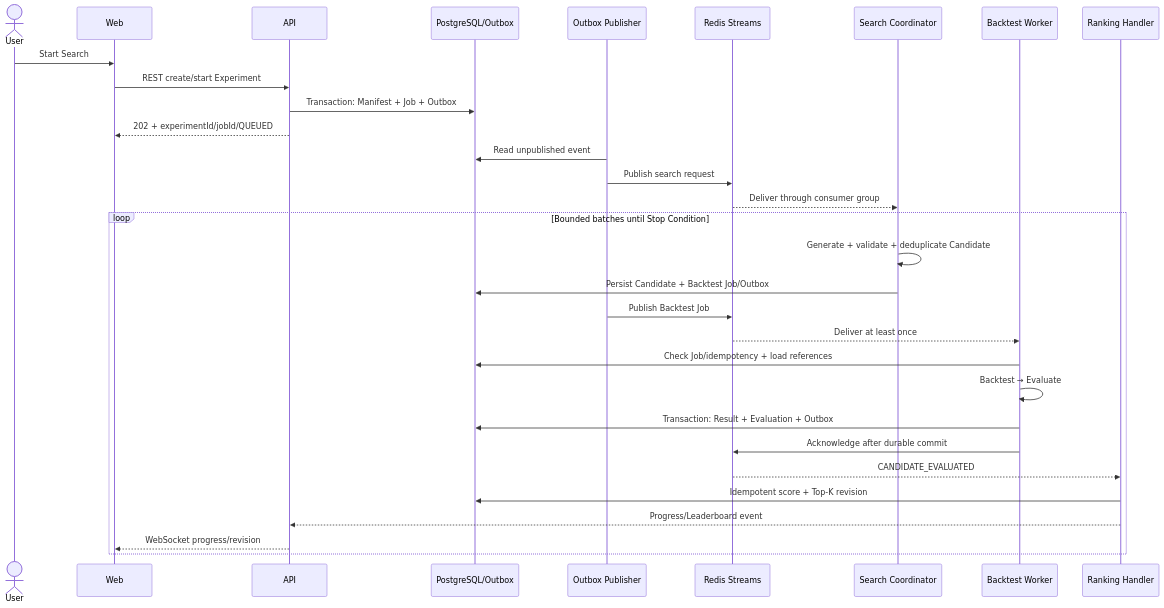
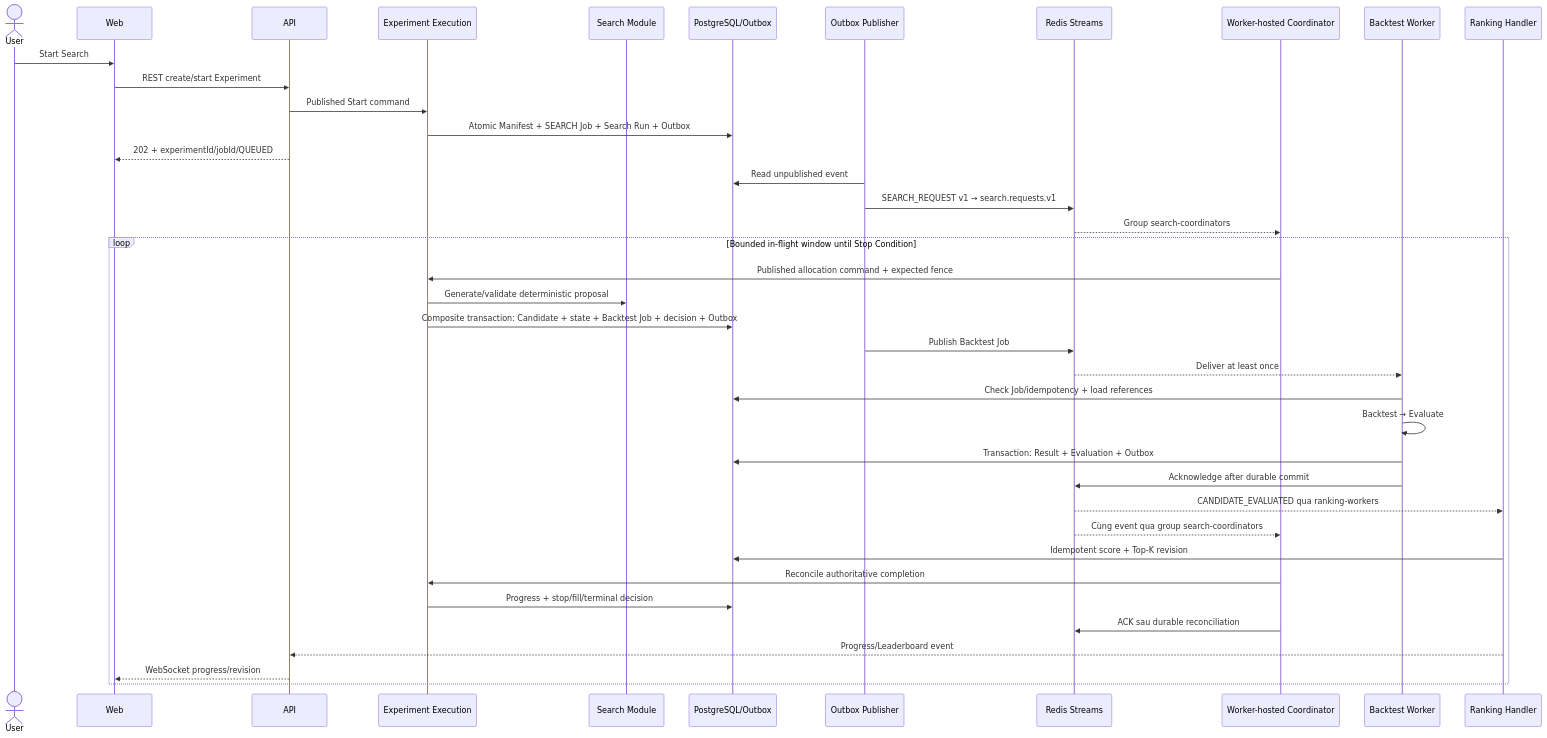
Before and after one commit to PhamVanMinhBinhThuan/crypto-strategy-platform: the fourth of 5 diagrams in docs/architecture/data-flows.md, drawn with Mermaid. The commit also changed other lines of this file and 190 other files, not shown here.

Commit message:
feat(search): add search coordinator schema and related tables

````diff
--- a/docs/architecture/data-flows.md
+++ b/docs/architecture/data-flows.md
@@ -119,34 +119,42 @@
 ```mermaid
 sequenceDiagram
     actor User
     participant Web
     participant API
+    participant Execution as Experiment Execution
+    participant Search as Search Module
     participant DB as PostgreSQL/Outbox
     participant Publisher as Outbox Publisher
     participant Redis as Redis Streams
-    participant Coordinator as Search Coordinator
+    participant Coordinator as Worker-hosted Coordinator
     participant Worker as Backtest Worker
     participant Ranking as Ranking Handler
 
     User->>Web: Start Search
     Web->>API: REST create/start Experiment
-    API->>DB: Transaction: Manifest + Job + Outbox
+    API->>Execution: Published Start command
+    Execution->>DB: Atomic Manifest + SEARCH Job + Search Run + Outbox
     API-->>Web: 202 + experimentId/jobId/QUEUED
     Publisher->>DB: Read unpublished event
-    Publisher->>Redis: Publish search request
-    Redis-->>Coordinator: Deliver through consumer group
-    loop Bounded batches until Stop Condition
-        Coordinator->>Coordinator: Generate + validate + deduplicate Candidate
-        Coordinator->>DB: Persist Candidate + Backtest Job/Outbox
+    Publisher->>Redis: SEARCH_REQUEST v1 → search.requests.v1
+    Redis-->>Coordinator: Group search-coordinators
+    loop Bounded in-flight window until Stop Condition
+        Coordinator->>Execution: Published allocation command + expected fence
+        Execution->>Search: Generate/validate deterministic proposal
+        Execution->>DB: Composite transaction: Candidate + state + Backtest Job + decision + Outbox
         Publisher->>Redis: Publish Backtest Job
         Redis-->>Worker: Deliver at least once
         Worker->>DB: Check Job/idempotency + load references
         Worker->>Worker: Backtest → Evaluate
         Worker->>DB: Transaction: Result + Evaluation + Outbox
         Worker->>Redis: Acknowledge after durable commit
-        Redis-->>Ranking: CANDIDATE_EVALUATED
+        Redis-->>Ranking: CANDIDATE_EVALUATED qua ranking-workers
+        Redis-->>Coordinator: Cùng event qua group search-coordinators
         Ranking->>DB: Idempotent score + Top-K revision
+        Coordinator->>Execution: Reconcile authoritative completion
+        Execution->>DB: Progress + stop/fill/terminal decision
+        Coordinator->>Redis: ACK sau durable reconciliation
         Ranking-->>API: Progress/Leaderboard event
         API-->>Web: WebSocket progress/revision
     end
 ```
````
